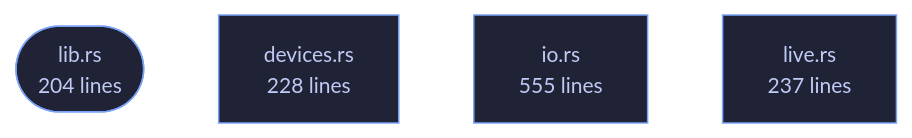
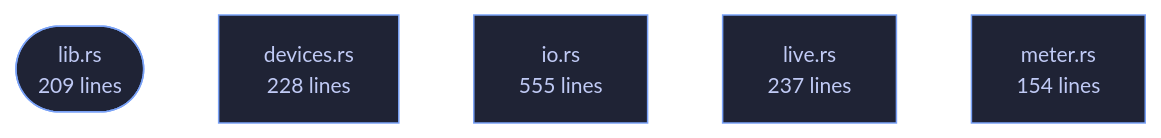
One commit to tilas01/veilvoice changed the diagram in wiki/Crate-veilvoice-audio.md. Above: the diagram before and after it, drawn with Mermaid. The commit also changed other lines of this file and 38 other files, not shown here.

````diff
--- a/wiki/Crate-veilvoice-audio.md
+++ b/wiki/Crate-veilvoice-audio.md
@@ -53,12 +53,14 @@
 ```mermaid
 %%{init: {"theme":"base","themeVariables":{"background":"#1a1b26","primaryColor":"#1f2335","primaryTextColor":"#c0caf5","primaryBorderColor":"#7aa2f7","secondaryColor":"#16161e","tertiaryColor":"#16161e","lineColor":"#737aa2","textColor":"#c0caf5","mainBkg":"#1f2335","nodeBorder":"#7aa2f7","clusterBkg":"#16161e","clusterBorder":"#2f3549","fontFamily":"ui-monospace, SFMono-Regular, Consolas, monospace","fontSize":"14px"}}}%%
 flowchart TD
-    n_lib(["lib.rs<br/>204 lines"])
+    n_lib(["lib.rs<br/>209 lines"])
     n_devices["devices.rs<br/>228 lines"]
     n_io["io.rs<br/>555 lines"]
     n_live["live.rs<br/>237 lines"]
+    n_meter["meter.rs<br/>154 lines"]
     click n_lib href "https://github.com/tilas01/veilvoice/blob/main/crates/veilvoice-audio/src/lib.rs" "open the source"
     click n_devices href "https://github.com/tilas01/veilvoice/blob/main/crates/veilvoice-audio/src/devices.rs" "open the source"
     click n_io href "https://github.com/tilas01/veilvoice/blob/main/crates/veilvoice-audio/src/io.rs" "open the source"
     click n_live href "https://github.com/tilas01/veilvoice/blob/main/crates/veilvoice-audio/src/live.rs" "open the source"
+    click n_meter href "https://github.com/tilas01/veilvoice/blob/main/crates/veilvoice-audio/src/meter.rs" "open the source"
 ```
````
